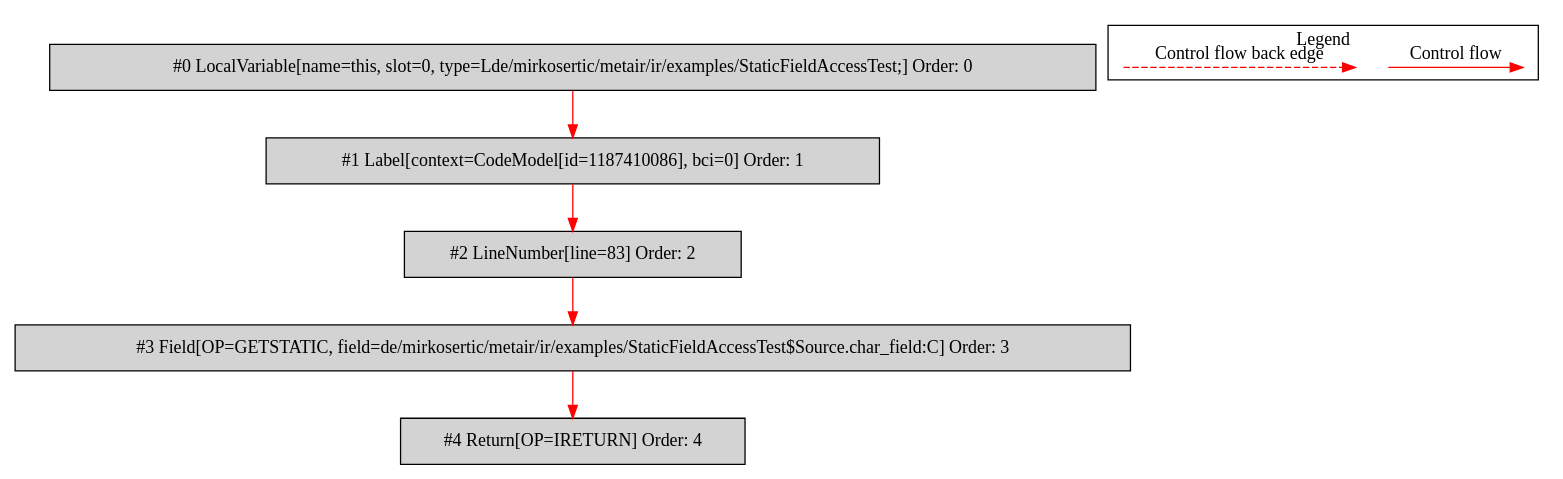
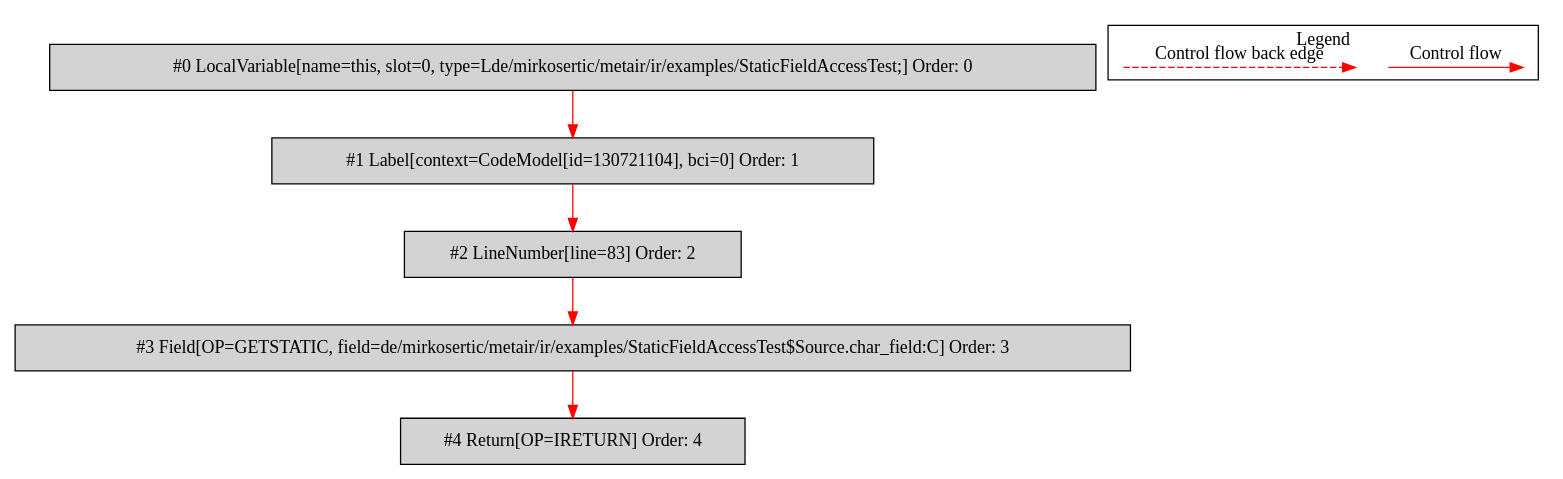
The diagram in de.mirkosertic.metair.ir.examples.StaticFieldAccessTest/return_char/bytecodecfg.dot (mirkosertic/MetaIR), drawn with Graphviz before and after one commit. The commit also changed 883 other files, not shown here.

```diff
--- a/de.mirkosertic.metair.ir.examples.StaticFieldAccessTest/return_char/bytecodecfg.dot
+++ b/de.mirkosertic.metair.ir.examples.StaticFieldAccessTest/return_char/bytecodecfg.dot
@@ -1,26 +1,26 @@
 digraph {
  ordering="in";
  node0[label="#0 LocalVariable[name=this, slot=0, type=Lde/mirkosertic/metair/ir/examples/StaticFieldAccessTest;] Order: 0", shape=box, fillcolor=lightgrey, style=filled];
- node1[label="#1 Label[context=CodeModel[id=1187410086], bci=0] Order: 1", shape=box, fillcolor=lightgrey, style=filled];
+ node1[label="#1 Label[context=CodeModel[id=130721104], bci=0] Order: 1", shape=box, fillcolor=lightgrey, style=filled];
  node2[label="#2 LineNumber[line=83] Order: 2", shape=box, fillcolor=lightgrey, style=filled];
  node3[label="#3 Field[OP=GETSTATIC, field=de/mirkosertic/metair/ir/examples/StaticFieldAccessTest$Source.char_field:C] Order: 3", shape=box, fillcolor=lightgrey, style=filled];
  node4[label="#4 Return[OP=IRETURN] Order: 4", shape=box, fillcolor=lightgrey, style=filled];
  node0 -> node1[color=red];
  node1 -> node2[color=red];
  node2 -> node3[color=red];
  node3 -> node4[color=red];
  subgraph cluster_000 {
   label = "Legend";
   node [shape=point]
   {
    rank=same;
    c0 [style = invis];
    c1 [style = invis];
    c2 [style = invis];
    c3 [style = invis];
   }
   c0 -> c1 [label="Control flow", style=solid, color=red]
   c2 -> c3 [label="Control flow back edge", style=dashed, color=red]
  }
 
 }
```
